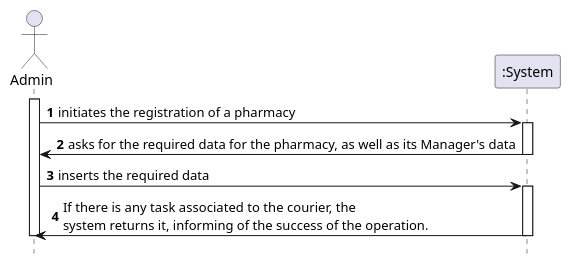
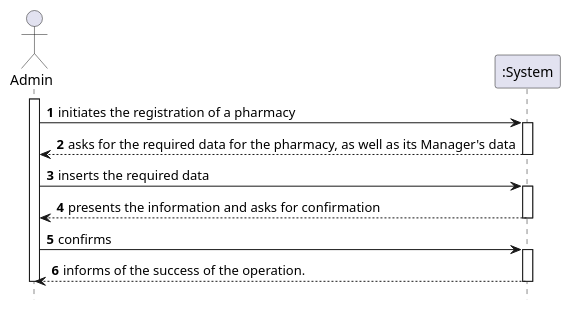
The diagram in docs/Iteration 1/Pharmacy Management/US40_RegisterPhamacy/US40_SSD.puml (tiagoavcosta25/LAPR3), drawn with PlantUML before and after one commit. The commit also changed 6 other files, not shown here.

```diff
--- a/docs/Iteration 1/Pharmacy Management/US40_RegisterPhamacy/US40_SSD.puml
+++ b/docs/Iteration 1/Pharmacy Management/US40_RegisterPhamacy/US40_SSD.puml
@@ -1,24 +1,27 @@
 @startuml
 autonumber
 hide footbox
 
 actor "Admin" as ADM
 participant ":System" as SYST
 
 activate ADM
 
 ADM -> SYST : initiates the registration of a pharmacy
 activate SYST
-SYST -> ADM : asks for the required data for the pharmacy, as well as its Manager's data
+SYST --> ADM : asks for the required data for the pharmacy, as well as its Manager's data
 deactivate SYST
 
 ADM -> SYST : inserts the required data
 activate SYST
-SYST -> ADM : If there is any task associated to the courier, the \nsystem returns it, informing of the success of the operation.
+SYST --> ADM : presents the information and asks for confirmation
 deactivate SYST
 
-
+ADM -> SYST : confirms
+activate SYST
+SYST --> ADM : informs of the success of the operation.
+deactivate SYST
 
 deactivate ADM
 
 @enduml
```
